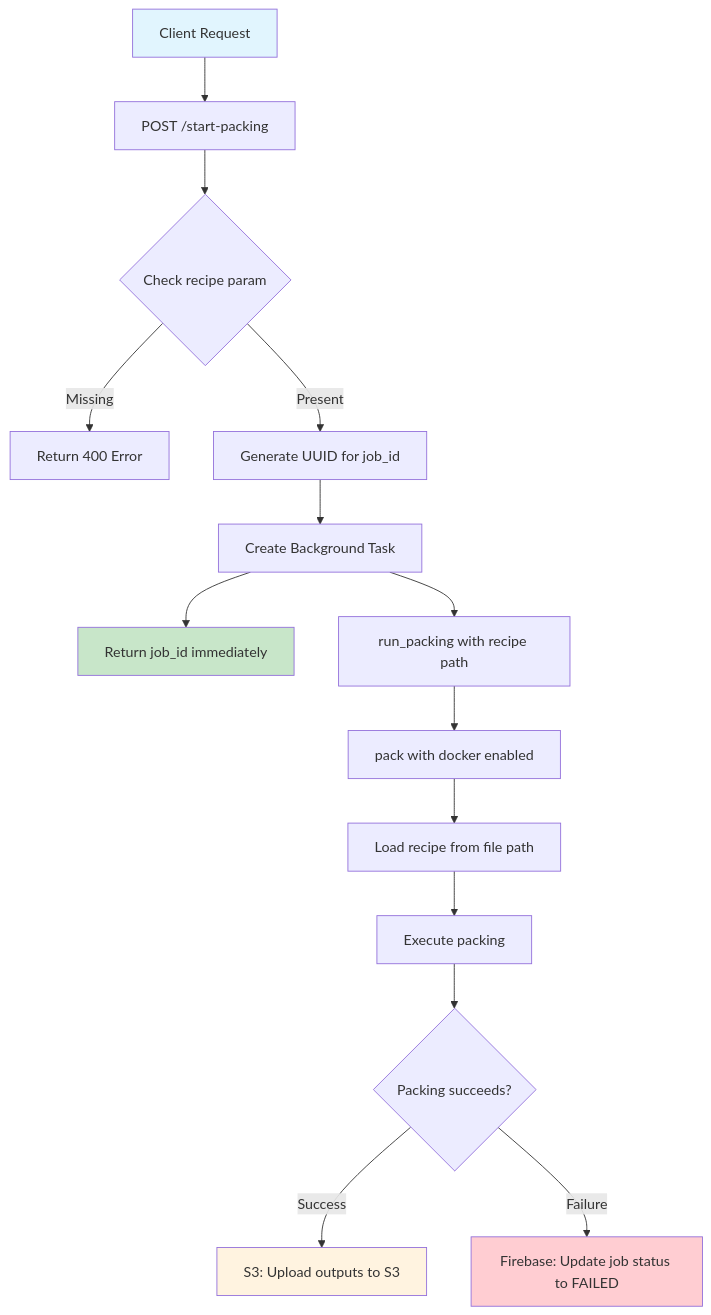
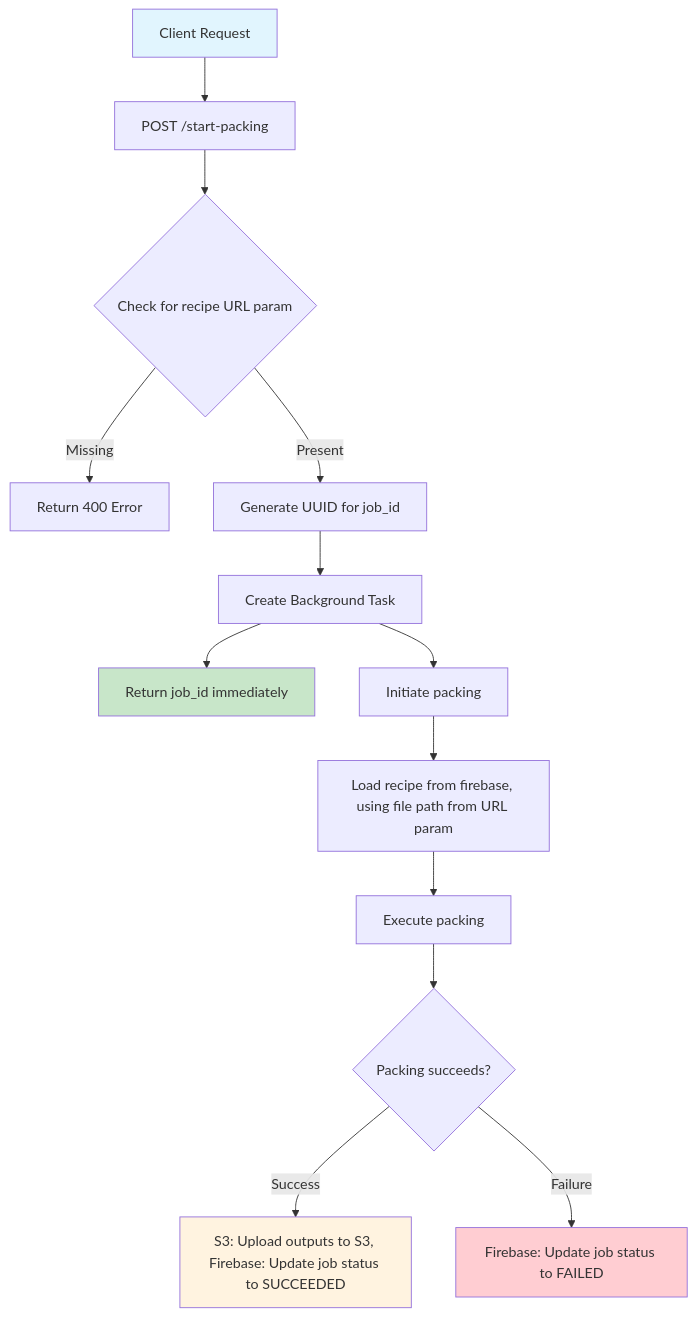
One commit to mesoscope/cellpack changed the first of 2 diagrams in server_workflow_diagram.md. Above: the diagram before and after it, drawn with Mermaid. The commit also changed other lines of this file, not shown here.

````diff
--- a/server_workflow_diagram.md
+++ b/server_workflow_diagram.md
@@ -8,21 +8,20 @@
 ```mermaid
 graph TD
     A[Client Request] --> B[POST /start-packing]
-    B --> C{Check recipe param}
+    B --> C{Check for recipe URL param}
     C -->|Missing| D[Return 400 Error]
     C -->|Present| E[Generate UUID for job_id]
     E --> F[Create Background Task]
     F --> G[Return job_id immediately]
-    F --> H[run_packing with recipe path]
-    H --> I[pack with docker enabled]
-    I --> J[Load recipe from file path]
+    F --> I[Initiate packing]
+    I --> J[Load recipe from firebase, using file path from URL param]
     J --> K[Execute packing]
     K --> L{Packing succeeds?}
-    L -->|Success| M[S3: Upload outputs to S3]
+    L -->|Success| M[S3: Upload outputs to S3, Firebase: Update job status to SUCCEEDED]
     L -->|Failure| N[Firebase: Update job status to FAILED]
     
     style A fill:#e1f5fe
     style G fill:#c8e6c9
     style M fill:#fff3e0
     style N fill:#ffcdd2
 ```
````
